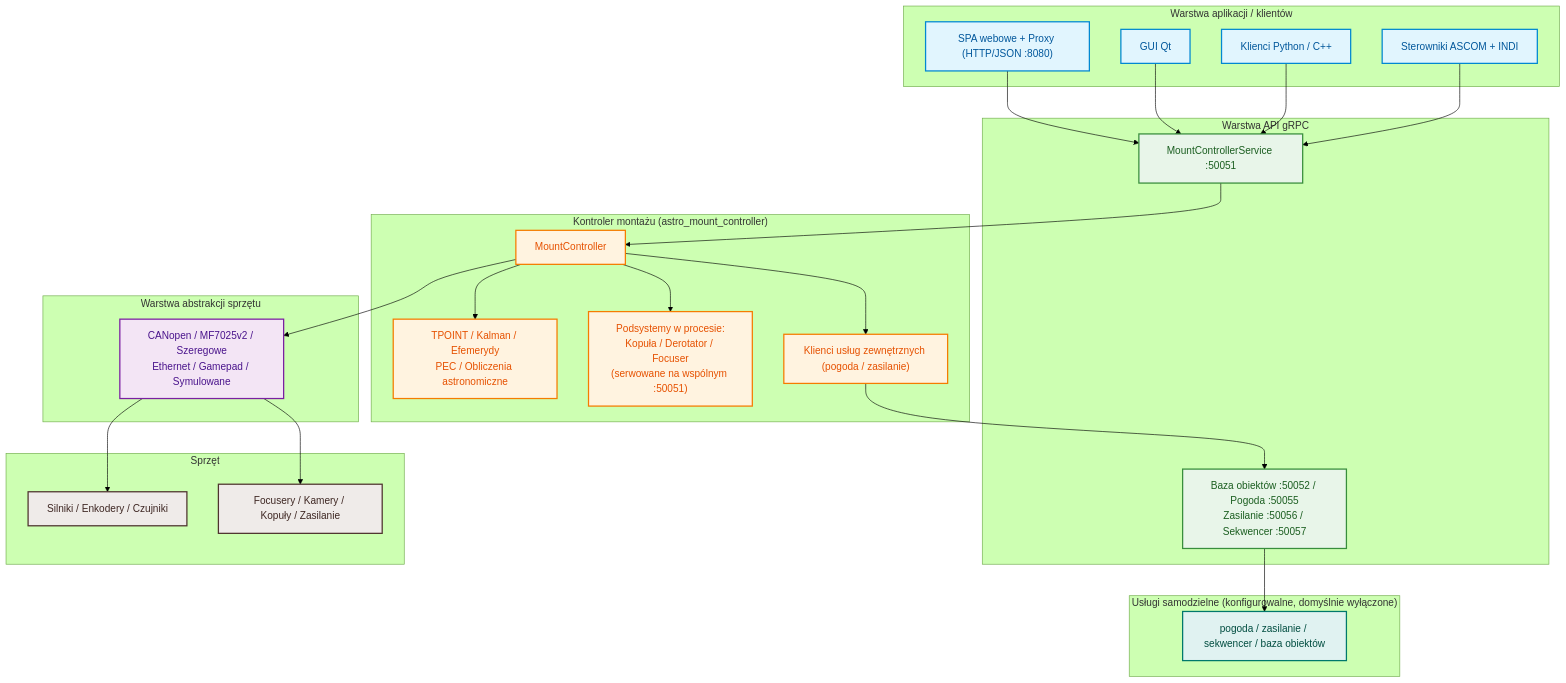
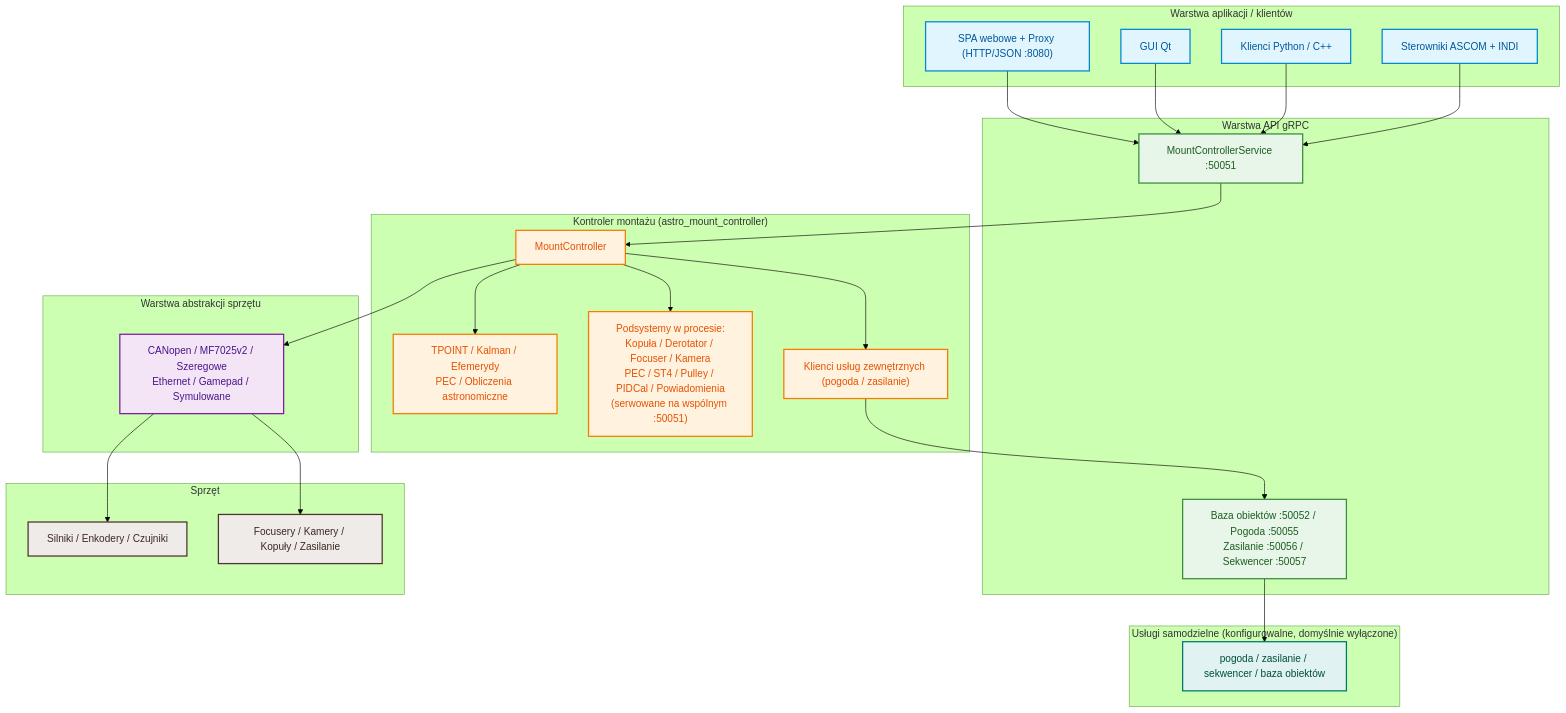
One commit to pielaszkiewicz-jacek/astro_mount_control changed the first of 12 diagrams in docs/pl/architecture.md. Above: the diagram before and after it, drawn with Mermaid (forest theme). The commit also changed other lines of this file and 37 other files, not shown here.

````diff
--- a/docs/pl/architecture.md
+++ b/docs/pl/architecture.md
@@ -18,62 +18,62 @@
 ```mermaid
 flowchart TB
     classDef client fill:#e1f5fe,stroke:#0288d1,stroke-width:2px,color:#01579b
     classDef api fill:#e8f5e9,stroke:#388e3c,stroke-width:2px,color:#1b5e20
     classDef core fill:#fff3e0,stroke:#f57c00,stroke-width:2px,color:#e65100
     classDef svc fill:#e0f2f1,stroke:#00796b,stroke-width:2px,color:#004d40
     classDef hal fill:#f3e5f5,stroke:#7b1fa2,stroke-width:2px,color:#4a148c
     classDef hw fill:#efebe9,stroke:#4e342e,stroke-width:2px,color:#3e2723
 
     subgraph CLIENTS["Warstwa aplikacji / klientów"]
         WEB["SPA webowe + Proxy (HTTP/JSON :8080)"]
         QT["GUI Qt"]
         PY["Klienci Python / C++"]
         DRV["Sterowniki ASCOM + INDI"]
     end
 
     subgraph API["Warstwa API gRPC"]
         GRPC["MountControllerService :50051"]
         EXT["Baza obiektów :50052 / Pogoda :50055<br/>Zasilanie :50056 / Sekwencer :50057"]
     end
 
     subgraph CORE["Kontroler montażu (astro_mount_controller)"]
         MC["MountController"]
         MODELS["TPOINT / Kalman / Efemerydy<br/>PEC / Obliczenia astronomiczne"]
-        INPROC["Podsystemy w procesie:<br/>Kopuła / Derotator / Focuser<br/>(serwowane na wspólnym :50051)"]
+        INPROC["Podsystemy w procesie:<br/>Kopuła / Derotator / Focuser / Kamera<br/>PEC / ST4 / Pulley / PIDCal / Powiadomienia<br/>(serwowane na wspólnym :50051)"]
         CLIENTSVC["Klienci usług zewnętrznych (pogoda / zasilanie)"]
     end
 
     subgraph SERVICES["Usługi samodzielne (konfigurowalne, domyślnie wyłączone)"]
         SVCS["pogoda / zasilanie / sekwencer / baza obiektów"]
     end
 
     subgraph HAL["Warstwa abstrakcji sprzętu"]
         HALIMPL["CANopen / MF7025v2 / Szeregowe<br/>Ethernet / Gamepad / Symulowane"]
     end
 
     subgraph HW["Sprzęt"]
         HW1["Silniki / Enkodery / Czujniki"]
         HW2["Focusery / Kamery / Kopuły / Zasilanie"]
     end
 
     WEB --> GRPC
     QT --> GRPC
     PY --> GRPC
     DRV --> GRPC
     GRPC --> MC
     MC --> MODELS
     MC --> INPROC
     MC --> CLIENTSVC
     CLIENTSVC --> EXT
     EXT --> SVCS
     MC --> HALIMPL
     HALIMPL --> HW1
     HALIMPL --> HW2
 
     class WEB,QT,PY,DRV client
     class GRPC,EXT api
     class MC,MODELS,INPROC,CLIENTSVC core
     class SVCS svc
     class HALIMPL hal
     class HW1,HW2 hw
 ```
````
